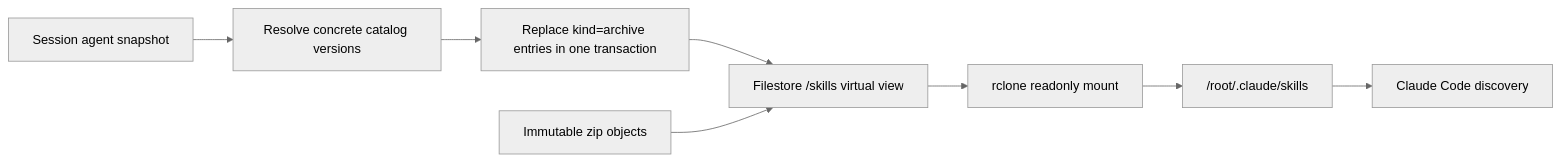
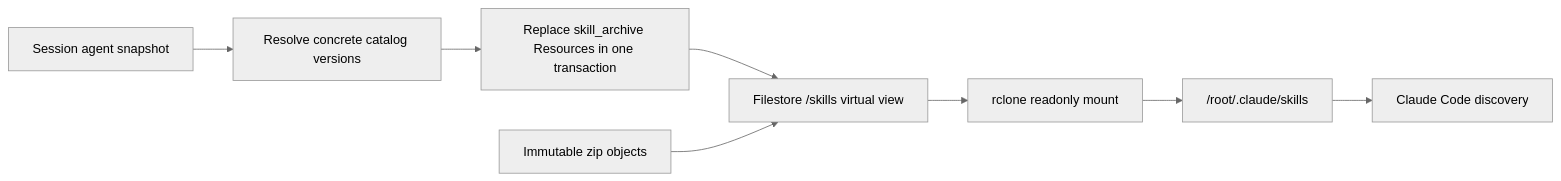
The diagram in docs/design/be/managed-agent-skills-runtime.md (superduck-ai/open-managed-agents), drawn with Mermaid (neutral theme) before and after one commit. The commit also changed other lines of this file and 48 other files, not shown here.

````diff
--- a/docs/design/be/managed-agent-skills-runtime.md
+++ b/docs/design/be/managed-agent-skills-runtime.md
@@ -40,10 +40,10 @@
 ```mermaid
 flowchart LR
     A["Session agent snapshot"] --> B["Resolve concrete catalog versions"]
-    B --> C["Replace kind=archive entries in one transaction"]
+    B --> C["Replace skill_archive Resources in one transaction"]
     C --> D["Filestore /skills virtual view"]
     E["Immutable zip objects"] --> D
     D --> F["rclone readonly mount"]
     F --> G["/root/.claude/skills"]
     G --> H["Claude Code discovery"]
 ```
````
